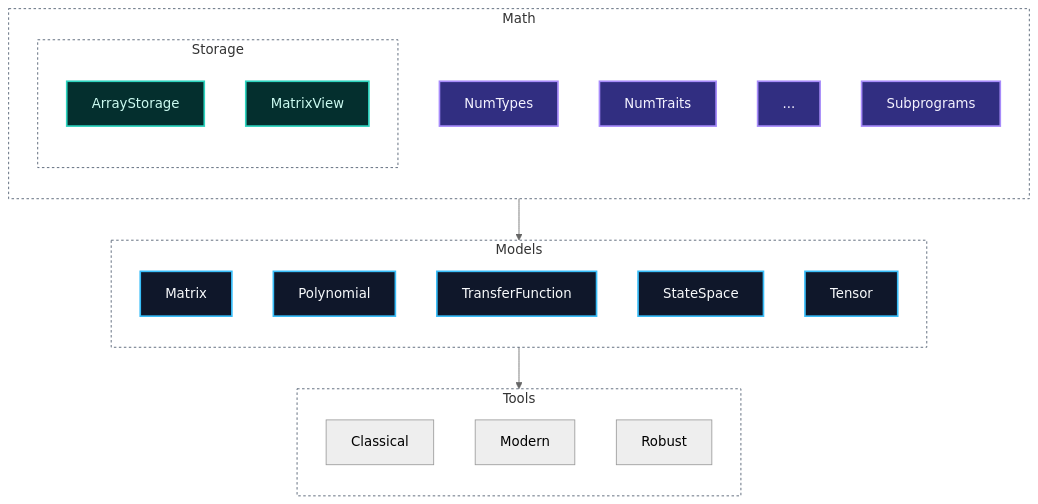
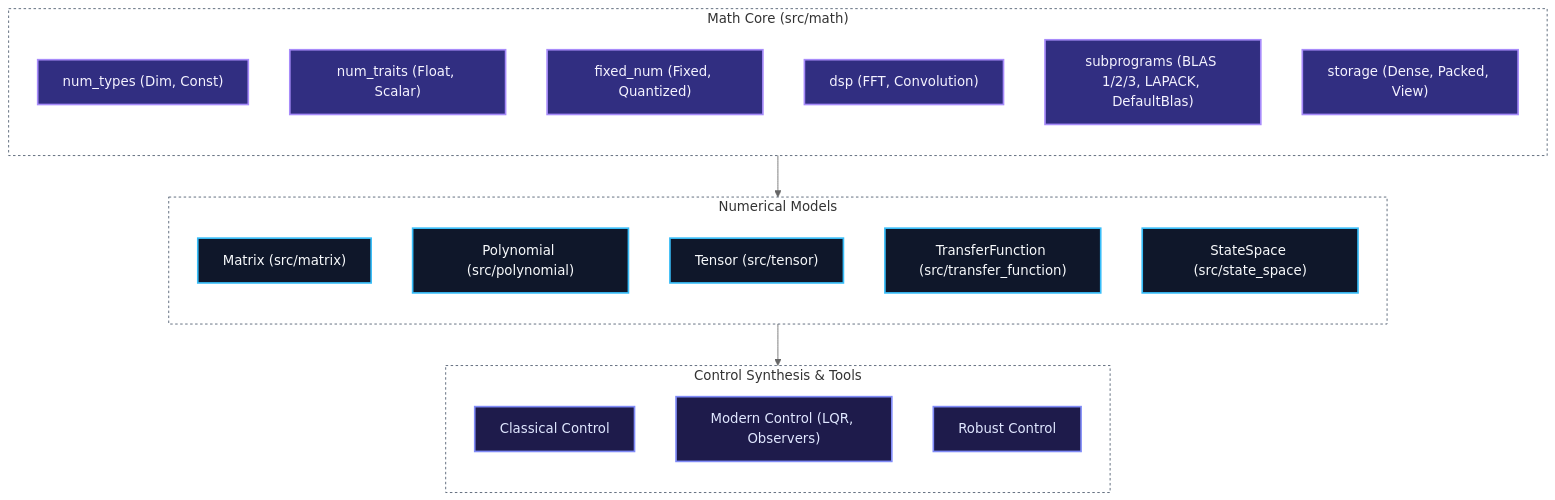
Before and after one commit to Dyse-Industries/control-rs: the diagram in README.md, drawn with Mermaid (neutral theme). The commit also changed other lines of this file and 208 other files, not shown here.

Commit message:
Mdsdev/numerical models (#47)

````diff
--- a/README.md
+++ b/README.md
@@ -35,49 +41,41 @@
 ```mermaid
 ---
 config:
   layout: dagre
 ---
 flowchart TB
-    subgraph Math
+    subgraph Math["Math Core (src/math)"]
         direction TB
-        NumTypes:::external
-        NumTraits:::external
-        ...:::external
-        Subprograms:::external
-
-        subgraph Storage
-            direction TB
-            ArrayStorage:::storage
-            MatrixView:::storage
-        end
+        NumTypes["num_types (Dim, Const)"]:::external
+        NumTraits["num_traits (Float, Scalar)"]:::external
+        FixedNum["fixed_num (Fixed, Quantized)"]:::external
+        DspCore["dsp (FFT, Convolution)"]:::external
+        Subprograms["subprograms (BLAS 1/2/3, LAPACK, DefaultBlas)"]:::external
+        Storage["storage (Dense, Packed, View)"]:::external
     end
 
-    subgraph Models
+    subgraph Models["Numerical Models"]
         direction TB
-        Matrix:::core
-        Polynomial:::core
-        TransferFunction:::core
-        StateSpace:::core
-        Tensor:::core
+        Matrix["Matrix (src/matrix)"]:::core
+        Polynomial["Polynomial (src/polynomial)"]:::core
+        Tensor["Tensor (src/tensor)"]:::core
+        TransferFunction["TransferFunction (src/transfer_function)"]:::core
+        StateSpace["StateSpace (src/state_space)"]:::core
     end
 
-    subgraph Tools
+    subgraph Tools["Control Synthesis & Tools"]
         direction TB
-        Classical
-        Modern
-        Robust
+        Classical["Classical Control"]:::tools
+        Modern["Modern Control (LQR, Observers)"]:::tools
+        Robust["Robust Control"]:::tools
     end
 
-%% Cleaned up structural flow
     Math --> Models
     Models --> Tools
-%% Styling
     classDef core fill: #0f172a, stroke: #38bdf8, stroke-width: 2px, color: #f8fafc
-    classDef storage fill: #042f2e, stroke: #2dd4bf, stroke-width: 2px, color: #ccfbf1
     classDef external fill: #312e81, stroke: #a78bfa, stroke-width: 2px, color: #f5f3ff
-    classDef tools fill: #312e81, stroke: #a78bfa, stroke-width: 2px, color: #f5f3ff
+    classDef tools fill: #1e1b4b, stroke: #818cf8, stroke-width: 2px, color: #e0e7ff
     style Models fill: transparent, stroke: #475569, stroke-width: 1px, stroke-dasharray: 3 3
     style Math fill: transparent, stroke: #475569, stroke-width: 1px, stroke-dasharray: 3 3
-    style Storage fill: transparent, stroke: #475569, stroke-width: 1px, stroke-dasharray: 3 3
     style Tools fill: transparent, stroke: #475569, stroke-width: 1px, stroke-dasharray: 3 3
 ```
````
